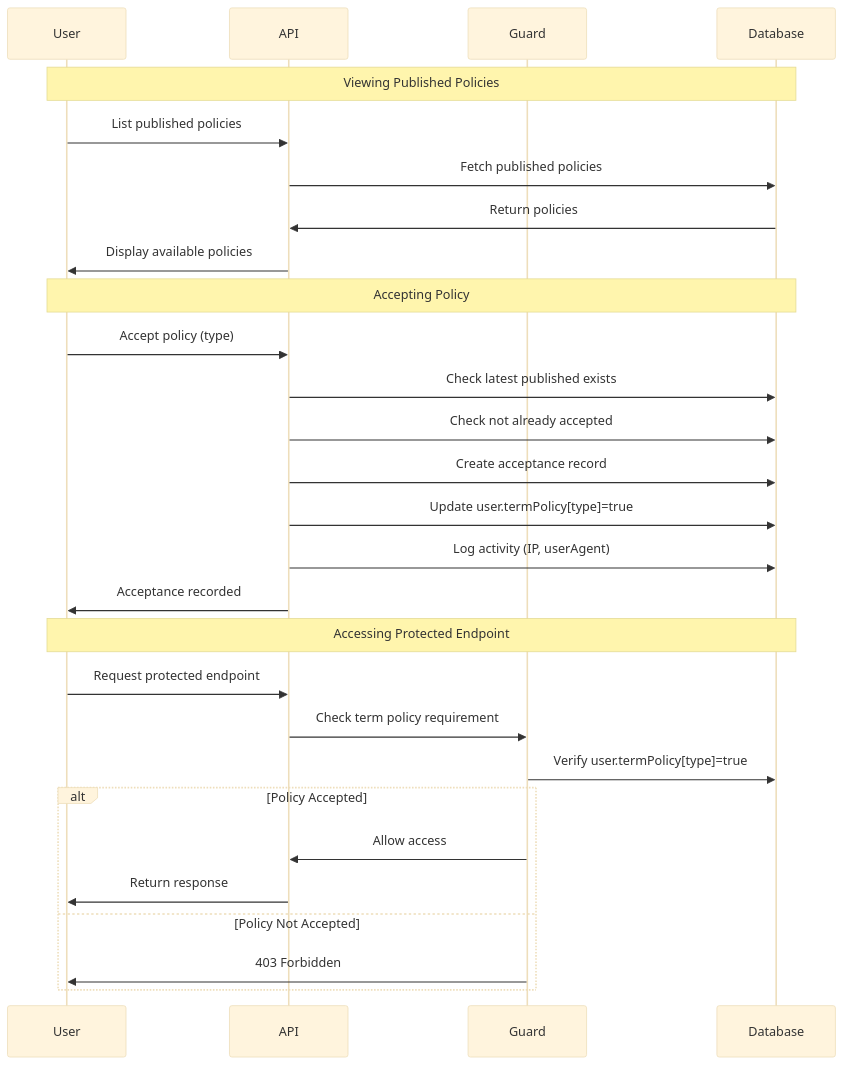
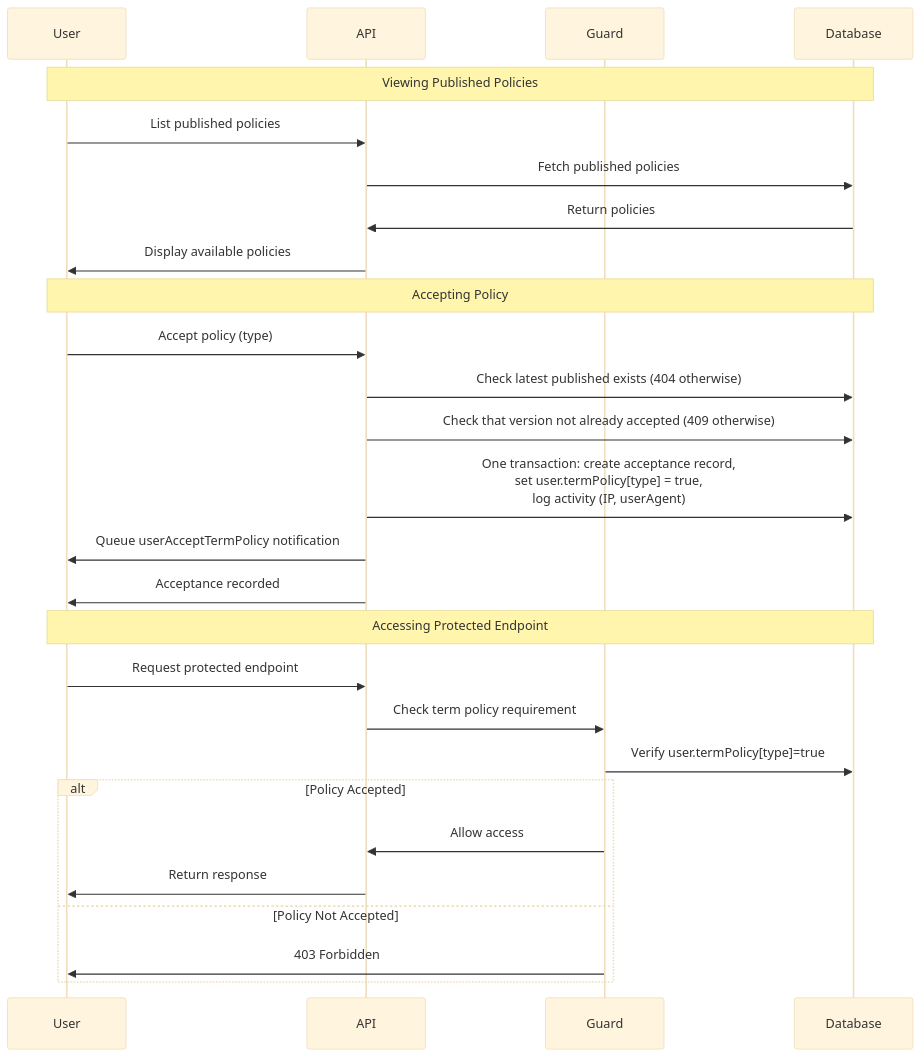
Before and after one commit to andrechristikan/ack-nestjs-boilerplate: the second of 3 diagrams in docs/term-policy.md, drawn with Mermaid (base theme). The commit also changed other lines of this file and 62 other files, not shown here.

````diff
--- a/docs/term-policy.md
+++ b/docs/term-policy.md
@@ -128,36 +133,35 @@
 ```mermaid
 sequenceDiagram
     participant User
     participant API
     participant Guard
     participant Database
 
     Note over User,Database: Viewing Published Policies
     
     User->>API: List published policies
     API->>Database: Fetch published policies
     Database->>API: Return policies
     API->>User: Display available policies
     
     Note over User,Database: Accepting Policy
     
     User->>API: Accept policy (type)
-    API->>Database: Check latest published exists
-    API->>Database: Check not already accepted
-    API->>Database: Create acceptance record
-    API->>Database: Update user.termPolicy[type]=true
-    API->>Database: Log activity (IP, userAgent)
+    API->>Database: Check latest published exists (404 otherwise)
+    API->>Database: Check that version not already accepted (409 otherwise)
+    API->>Database: One transaction: create acceptance record,<br/>set user.termPolicy[type] = true,<br/>log activity (IP, userAgent)
+    API->>User: Queue userAcceptTermPolicy notification
     API->>User: Acceptance recorded
     
     Note over User,Database: Accessing Protected Endpoint
     
     User->>API: Request protected endpoint
     API->>Guard: Check term policy requirement
     Guard->>Database: Verify user.termPolicy[type]=true
     alt Policy Accepted
         Guard->>API: Allow access
         API->>User: Return response
     else Policy Not Accepted
         Guard->>User: 403 Forbidden
     end
 ```
````
